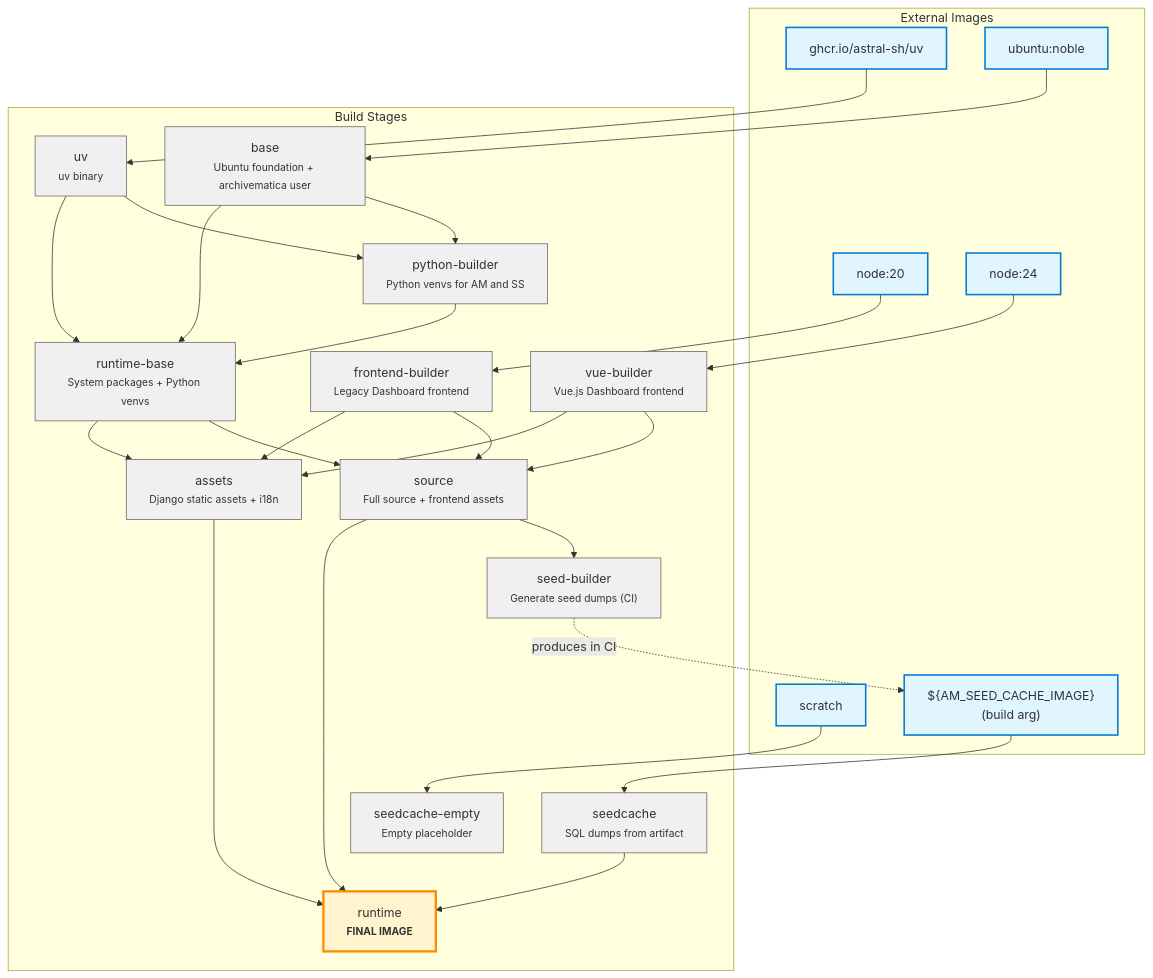
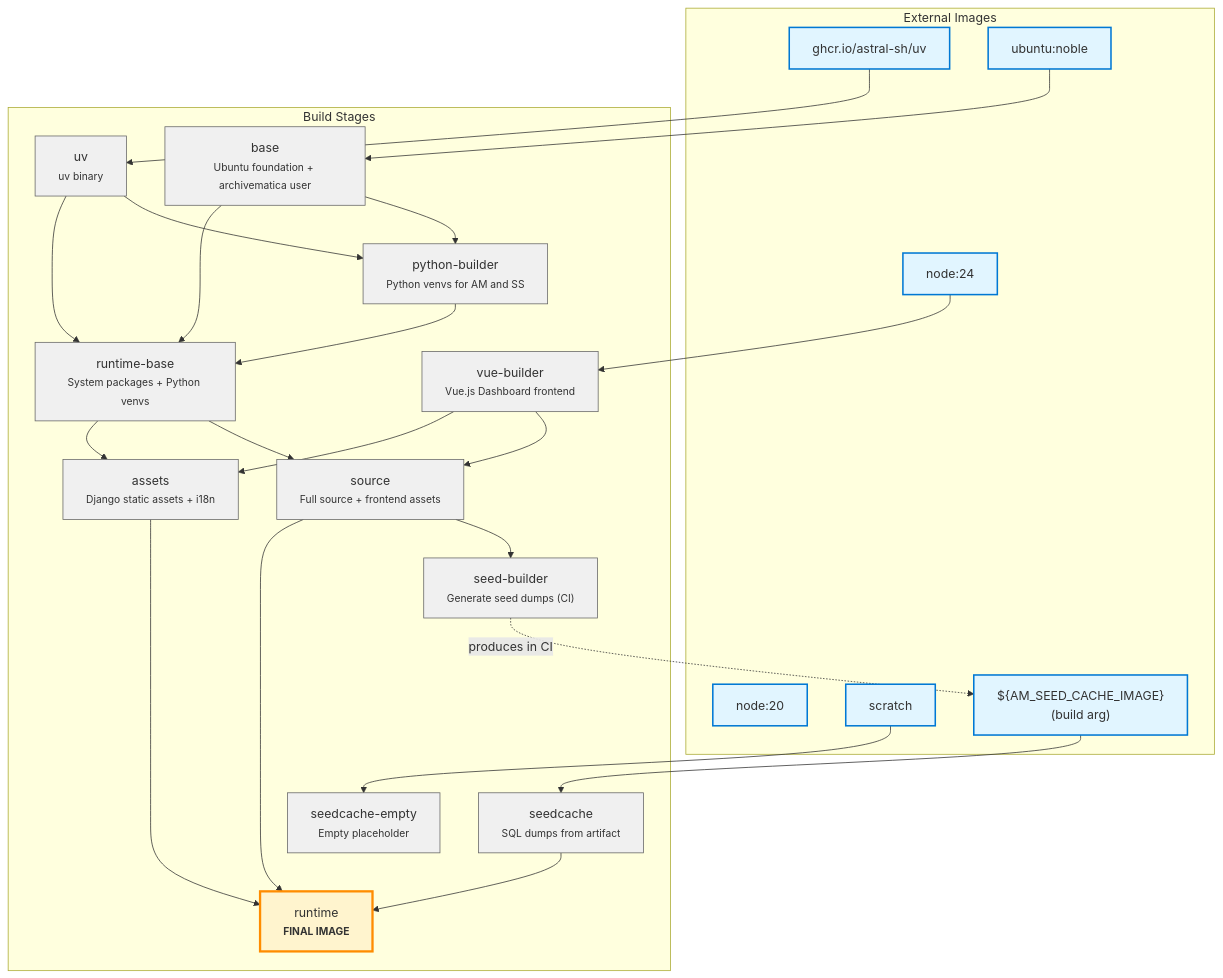
One commit to sevein/ambox changed the second of 2 diagrams in hack/box/README.md. Above: the diagram before and after it, drawn with Mermaid. The commit also changed other lines of this file and 1 other file, not shown here.

Commit message:
Remove node20/frontend build

````diff
--- a/hack/box/README.md
+++ b/hack/box/README.md
@@ -290,62 +289,58 @@
 ```mermaid
 flowchart TB
   subgraph External[External Images]
     uv_ext["ghcr.io/astral-sh/uv"]
     ubuntu["ubuntu:noble"]
     node20["node:20"]
     node24["node:24"]
     scratch["scratch"]
     seed_arg["${AM_SEED_CACHE_IMAGE}<br/>(build arg)"]
   end
 
   subgraph Build[Build Stages]
     uv["uv<br/><small>uv binary</small>"]
     base["base<br/><small>Ubuntu foundation + archivematica user</small>"]
     python_builder["python-builder<br/><small>Python venvs for AM and SS</small>"]
-    frontend_builder["frontend-builder<br/><small>Legacy Dashboard frontend</small>"]
     vue_builder["vue-builder<br/><small>Vue.js Dashboard frontend</small>"]
     seedcache_empty["seedcache-empty<br/><small>Empty placeholder</small>"]
     seedcache["seedcache<br/><small>SQL dumps from artifact</small>"]
     runtime_base["runtime-base<br/><small>System packages + Python venvs</small>"]
     source["source<br/><small>Full source + frontend assets</small>"]
     assets["assets<br/><small>Django static assets + i18n</small>"]
     seed_builder["seed-builder<br/><small>Generate seed dumps (CI)</small>"]
     runtime["runtime<br/><small><b>FINAL IMAGE</b></small>"]
   end
 
   %% External dependencies
   uv_ext --> uv
   ubuntu --> base
-  node20 --> frontend_builder
   node24 --> vue_builder
   scratch --> seedcache_empty
   seed_arg --> seedcache
 
   %% Build stage dependencies
   base --> python_builder
   uv --> python_builder
   base --> runtime_base
   python_builder --> runtime_base
   uv --> runtime_base
   runtime_base --> source
-  frontend_builder --> source
   vue_builder --> source
   runtime_base --> assets
-  frontend_builder --> assets
   vue_builder --> assets
   source --> seed_builder
   source --> runtime
   seedcache --> runtime
   assets --> runtime
 
   %% Conceptual link: seed-builder produces the seedcache artifact in CI
   seed_builder -.->|produces in CI| seed_arg
 
   classDef external fill:#e1f5ff,stroke:#0078d4,stroke-width:2px
   classDef final fill:#fff4ce,stroke:#ff8c00,stroke-width:3px
   classDef intermediate fill:#f0f0f0,stroke:#666,stroke-width:1px
 
   class uv_ext,ubuntu,node20,node24,scratch,seed_arg external
   class runtime final
-  class uv,base,python_builder,frontend_builder,vue_builder,seedcache_empty,seedcache,runtime_base,source,assets,seed_builder intermediate
+  class uv,base,python_builder,vue_builder,seedcache_empty,seedcache,runtime_base,source,assets,seed_builder intermediate
 ```
````
